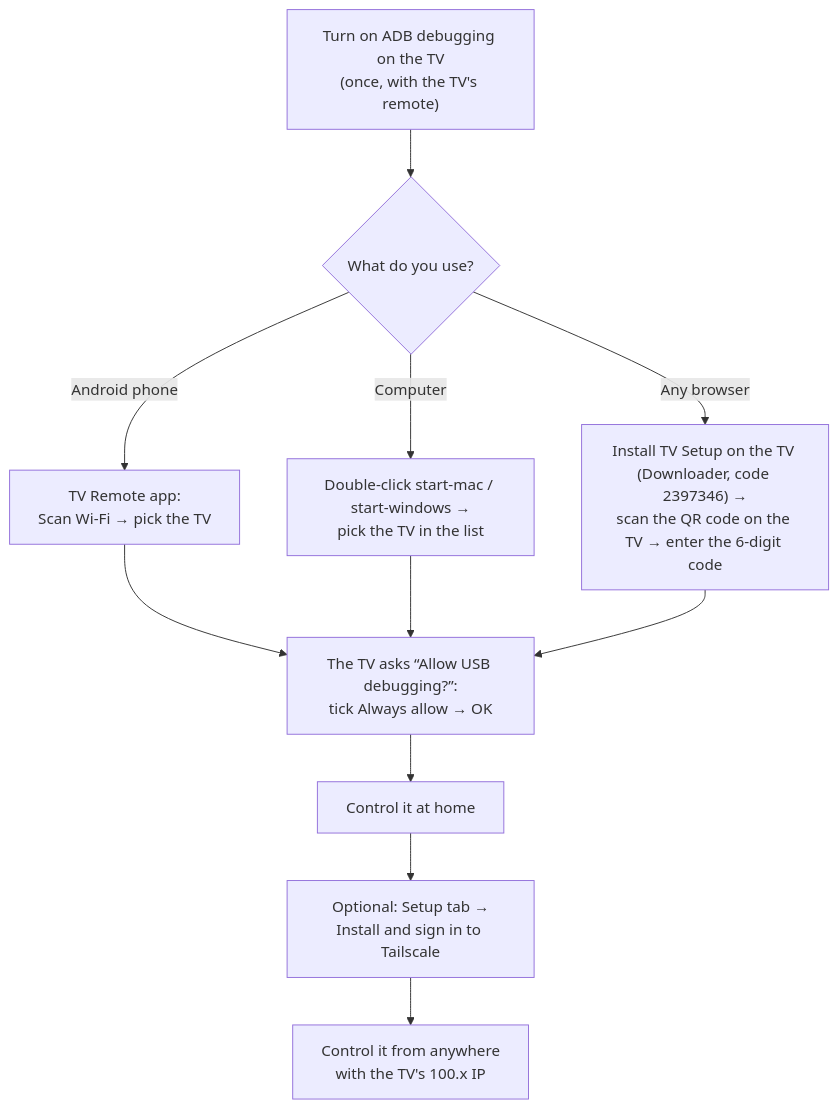
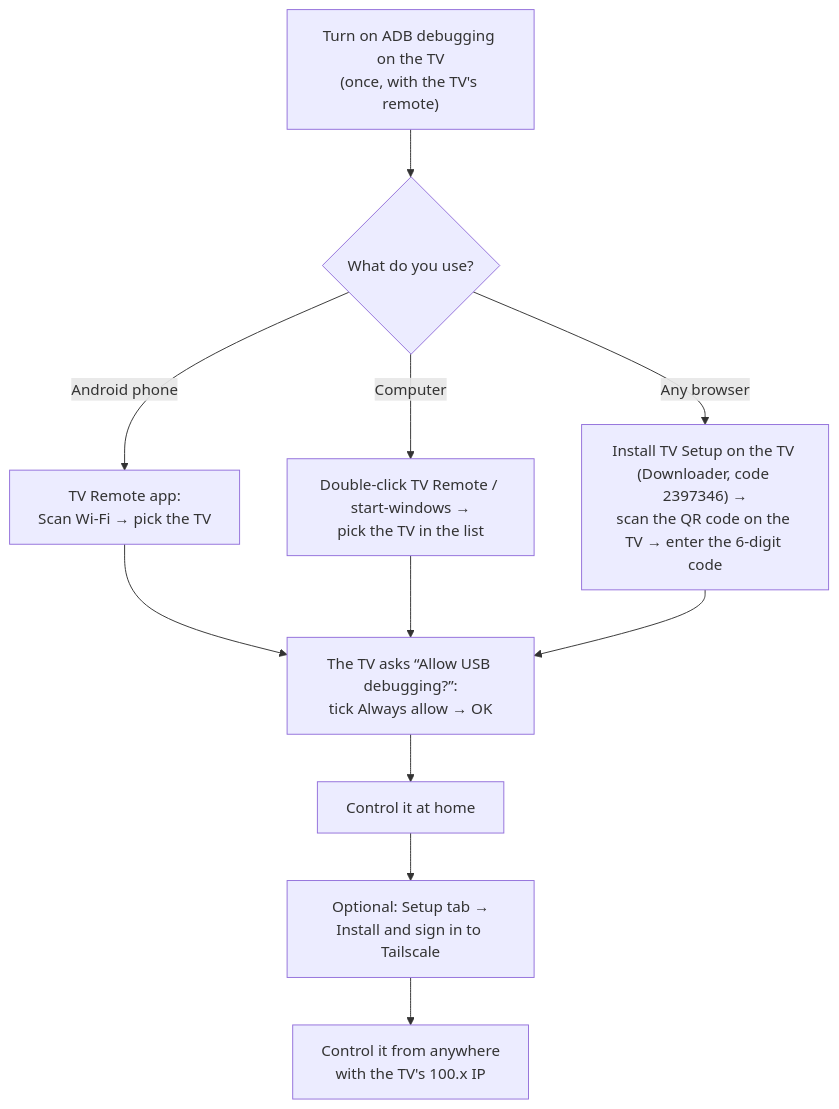
The first of 2 diagrams in README.en.md (9000000/tv-remote), drawn with Mermaid before and after one commit. The commit also changed other lines of this file and 60 other files, not shown here.

````diff
--- a/README.en.md
+++ b/README.en.md
@@ -29,13 +29,13 @@
 ```mermaid
 flowchart TD
     A["Turn on ADB debugging on the TV<br/>(once, with the TV's remote)"] --> B{"What do you use?"}
     B -- "Android phone" --> P["TV Remote app:<br/>Scan Wi-Fi → pick the TV"]
     B -- "Any browser" --> T["Install TV Setup on the TV (Downloader, code 2397346) →<br/>scan the QR code on the TV → enter the 6-digit code"]
-    B -- "Computer" --> W["Double-click start-mac / start-windows →<br/>pick the TV in the list"]
+    B -- "Computer" --> W["Double-click TV Remote / start-windows →<br/>pick the TV in the list"]
     P --> Q["The TV asks “Allow USB debugging?”:<br/>tick Always allow → OK"]
     W --> Q
     T --> Q
     Q --> R["Control it at home"]
     R --> S["Optional: Setup tab →<br/>Install and sign in to Tailscale"]
     S --> X["Control it from anywhere<br/>with the TV's 100.x IP"]
 ```
````
